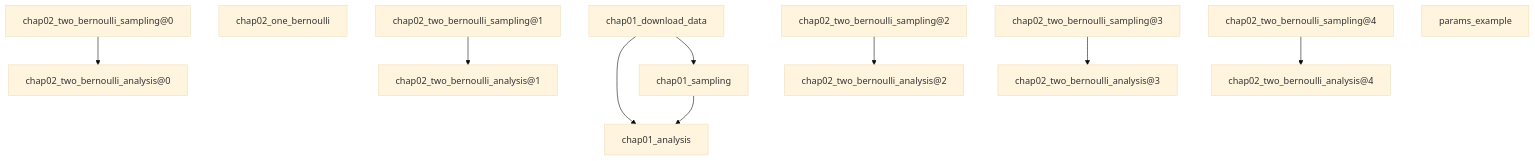
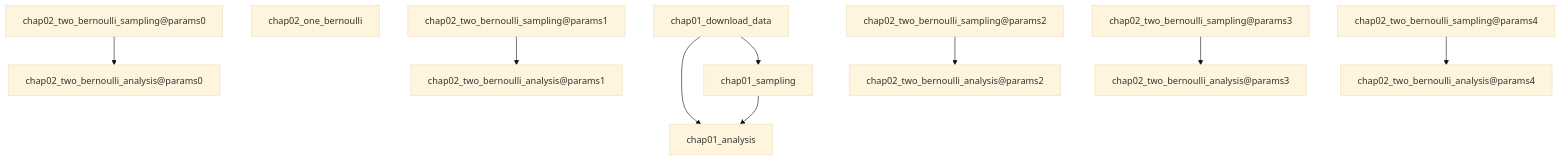
Before and after one commit to u-masao/bayesian-methods-for-hackers-memo: the diagram in PIPELINE.md, drawn with Mermaid (base theme). The commit also changed 1 other file, not shown here.

Commit message:
[update] dvc repro

````diff
--- a/PIPELINE.md
+++ b/PIPELINE.md
@@ -1,26 +1,25 @@
 ```mermaid
 flowchart TD
 	node1["chap01_analysis"]
 	node2["chap01_download_data"]
 	node3["chap01_sampling"]
 	node2-->node1
 	node2-->node3
 	node3-->node1
 	node4["chap02_one_bernoulli"]
-	node5["chap02_two_bernoulli_analysis@0"]
-	node6["chap02_two_bernoulli_sampling@0"]
+	node5["chap02_two_bernoulli_analysis@params0"]
+	node6["chap02_two_bernoulli_sampling@params0"]
 	node6-->node5
-	node7["chap02_two_bernoulli_analysis@1"]
-	node8["chap02_two_bernoulli_sampling@1"]
+	node7["chap02_two_bernoulli_analysis@params1"]
+	node8["chap02_two_bernoulli_sampling@params1"]
 	node8-->node7
-	node9["chap02_two_bernoulli_analysis@2"]
-	node10["chap02_two_bernoulli_sampling@2"]
+	node9["chap02_two_bernoulli_analysis@params2"]
+	node10["chap02_two_bernoulli_sampling@params2"]
 	node10-->node9
-	node11["chap02_two_bernoulli_analysis@3"]
-	node12["chap02_two_bernoulli_sampling@3"]
+	node11["chap02_two_bernoulli_analysis@params3"]
+	node12["chap02_two_bernoulli_sampling@params3"]
 	node12-->node11
-	node13["chap02_two_bernoulli_analysis@4"]
-	node14["chap02_two_bernoulli_sampling@4"]
+	node13["chap02_two_bernoulli_analysis@params4"]
+	node14["chap02_two_bernoulli_sampling@params4"]
 	node14-->node13
-	node15["params_example"]
 ```
````
